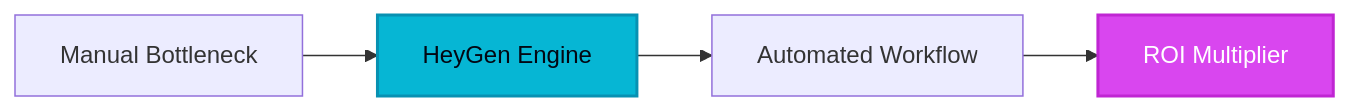
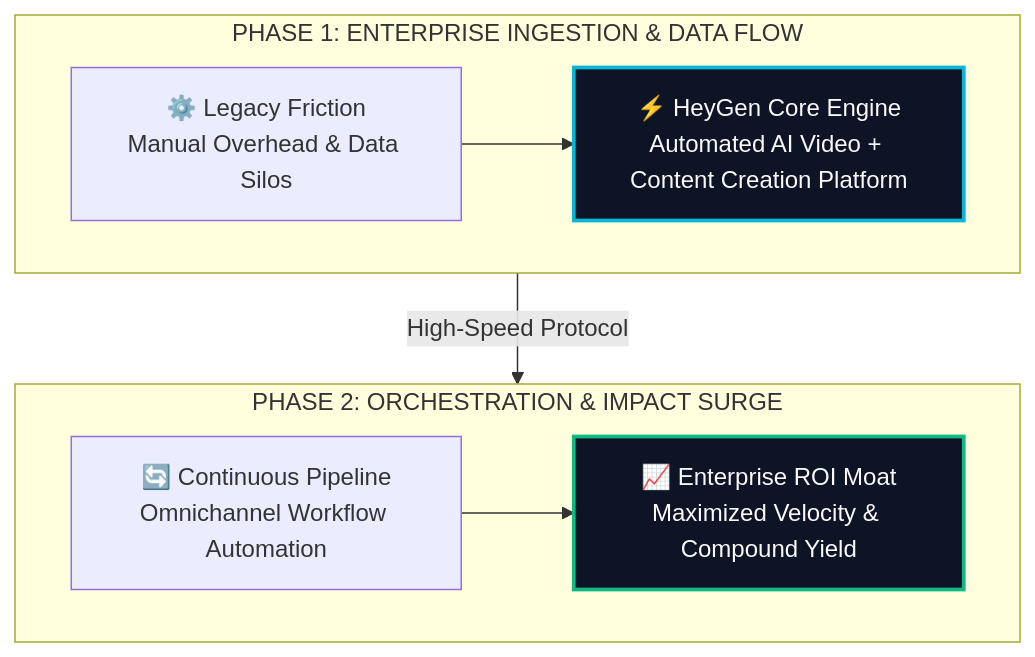
Before and after one commit to heliatech-media/saas-radar: the diagram in site/src/content/blog/heygen-evolution-guide-2026.md, drawn with Mermaid. The commit also changed 97 other files, not shown here.

First line of the commit message:
feat(diagrams): upgrade all article architecture schemas to high-impact 2-tier responsive vector blueprints

````diff
--- a/site/src/content/blog/heygen-evolution-guide-2026.md
+++ b/site/src/content/blog/heygen-evolution-guide-2026.md
@@ -55,8 +55,14 @@
 ```mermaid
-flowchart LR
-    A[Manual Bottleneck] --> B[HeyGen Engine]
-    B --> C[Automated Workflow]
-    C --> D[ROI Multiplier]
-    style B fill:#06b6d4,stroke:#0891b2,stroke-width:2px,color:#030712
-    style D fill:#d946ef,stroke:#c026d3,stroke-width:2px,color:#ffffff
+flowchart TD
+    subgraph S1["PHASE 1: ENTERPRISE INGESTION & DATA FLOW"]
+        direction LR
+        A["⚙️ Legacy Friction<br/>Manual Overhead & Data Silos"] --> B["⚡ HeyGen Core Engine<br/>Automated AI Video + Content Creation Platform"]
+    end
+    subgraph S2["PHASE 2: ORCHESTRATION & IMPACT SURGE"]
+        direction LR
+        C["🔄 Continuous Pipeline<br/>Omnichannel Workflow Automation"] --> D["📈 Enterprise ROI Moat<br/>Maximized Velocity & Compound Yield"]
+    end
+    S1 -->|High-Speed Protocol| S2
+    style B fill:#0c1425,stroke:#06b6d4,stroke-width:2.5px,color:#f8fafc
+    style D fill:#0c1425,stroke:#10b981,stroke-width:2.5px,color:#f8fafc
 ```
````
